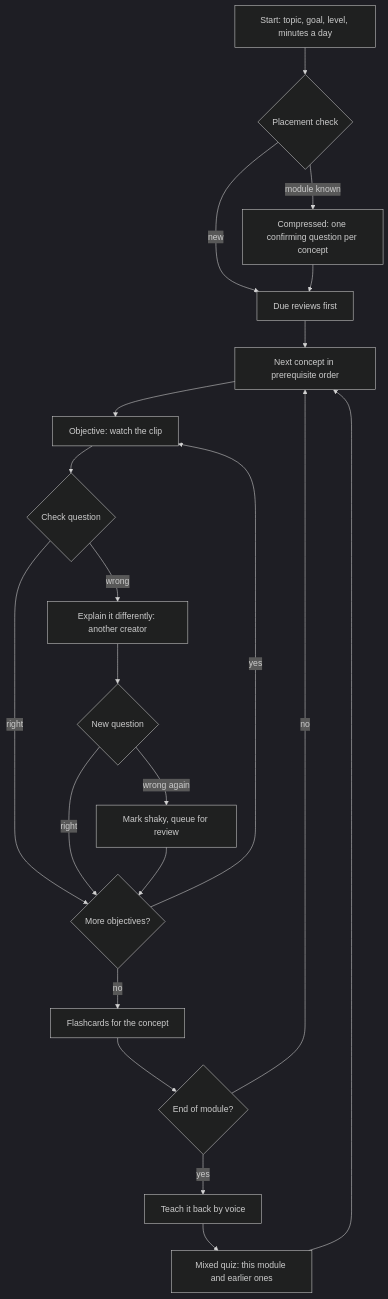
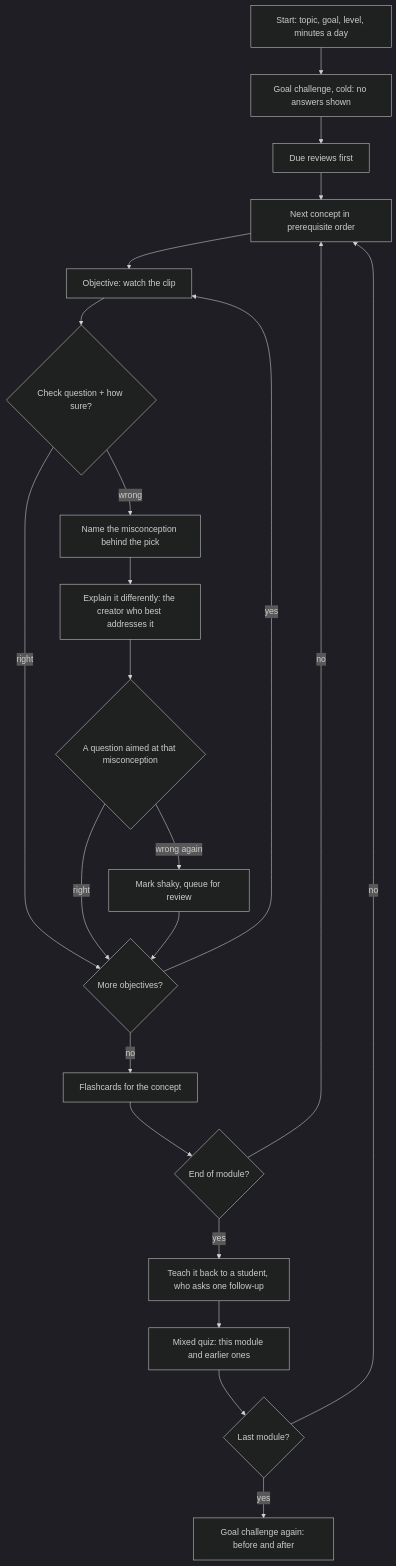
Before and after one commit to rishulmatta/shifu: the diagram in PLAN.md, drawn with Mermaid (dark theme). The commit also changed other lines of this file and 17 other files, not shown here.

First line of the commit message:
Confidence and diagnosis: how sure you are, and the misconception behind a wrong pick

````diff
--- a/PLAN.md
+++ b/PLAN.md
@@ -95,23 +97,24 @@
 ```mermaid
 flowchart TD
-  S["Start: topic, goal, level, minutes a day"] --> P{"Placement check"}
-  P -->|"module known"| K["Compressed: one confirming question per concept"]
-  P -->|"new"| R["Due reviews first"]
-  K --> R
+  S["Start: topic, goal, level, minutes a day"] --> G["Goal challenge, cold: no answers shown"]
+  G --> R["Due reviews first"]
   R --> C["Next concept in prerequisite order"]
   C --> O["Objective: watch the clip"]
-  O --> Q{"Check question"}
+  O --> Q{"Check question + how sure?"}
   Q -->|"right"| N{"More objectives?"}
-  Q -->|"wrong"| X["Explain it differently: another creator"]
-  X --> Q2{"New question"}
+  Q -->|"wrong"| D["Name the misconception behind the pick"]
+  D --> X["Explain it differently: the creator who best addresses it"]
+  X --> Q2{"A question aimed at that misconception"}
   Q2 -->|"right"| N
   Q2 -->|"wrong again"| SH["Mark shaky, queue for review"]
   SH --> N
   N -->|"yes"| O
   N -->|"no"| F["Flashcards for the concept"]
   F --> M{"End of module?"}
   M -->|"no"| C
-  M -->|"yes"| T["Teach it back by voice"]
+  M -->|"yes"| T["Teach it back to a student, who asks one follow-up"]
   T --> MQ["Mixed quiz: this module and earlier ones"]
-  MQ --> C
+  MQ --> E{"Last module?"}
+  E -->|"no"| C
+  E -->|"yes"| GF["Goal challenge again: before and after"]
 ```
````
